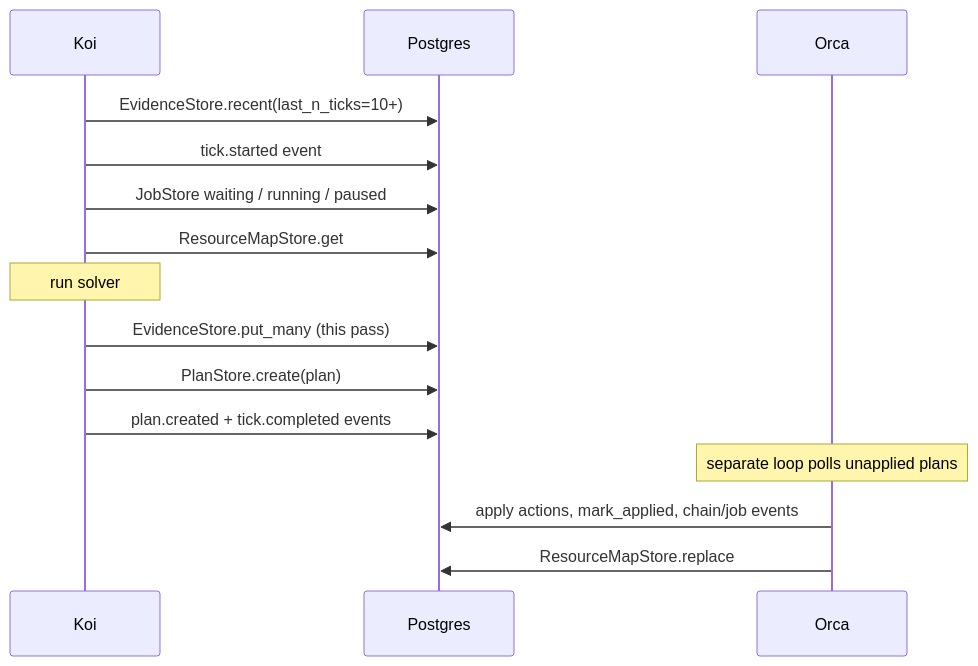
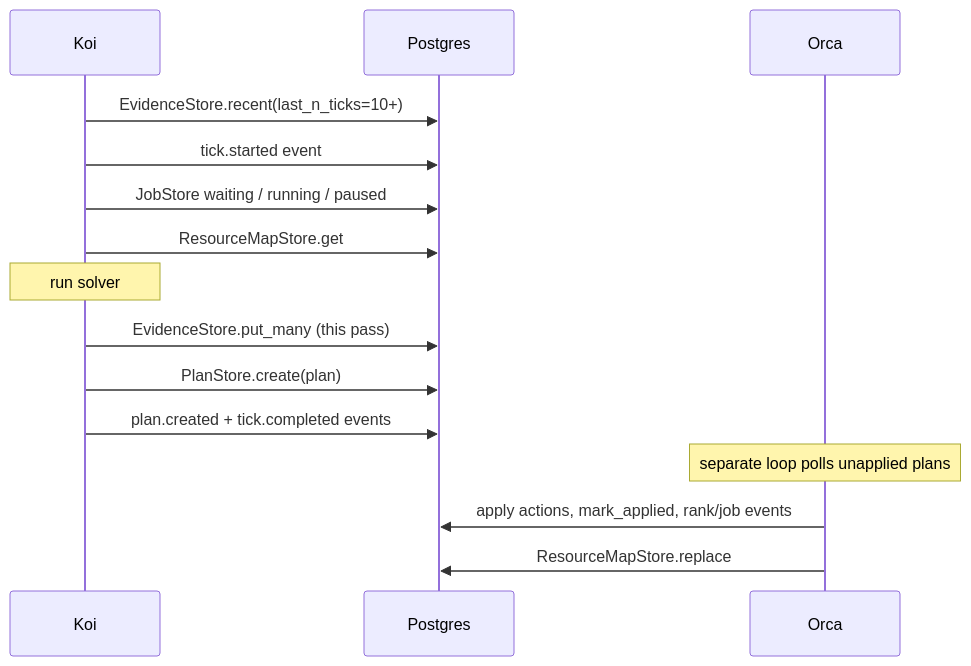
One commit to Tandemn-Labs/tandemn-store changed the diagram in docs/KOI_INTEGRATION.md. Above: the diagram before and after it, drawn with Mermaid. The commit also changed other lines of this file and 23 other files, not shown here.

````diff
--- a/docs/KOI_INTEGRATION.md
+++ b/docs/KOI_INTEGRATION.md
@@ -73,18 +73,18 @@
 ```mermaid
 sequenceDiagram
     participant Koi
     participant PG as Postgres
     participant Orca
 
     Koi->>PG: EvidenceStore.recent(last_n_ticks=10+)
     Koi->>PG: tick.started event
     Koi->>PG: JobStore waiting / running / paused
     Koi->>PG: ResourceMapStore.get
     Note over Koi: run solver
     Koi->>PG: EvidenceStore.put_many (this pass)
     Koi->>PG: PlanStore.create(plan)
     Koi->>PG: plan.created + tick.completed events
     Note over Orca: separate loop polls unapplied plans
-    Orca->>PG: apply actions, mark_applied, chain/job events
+    Orca->>PG: apply actions, mark_applied, rank/job events
     Orca->>PG: ResourceMapStore.replace
 ```
````
